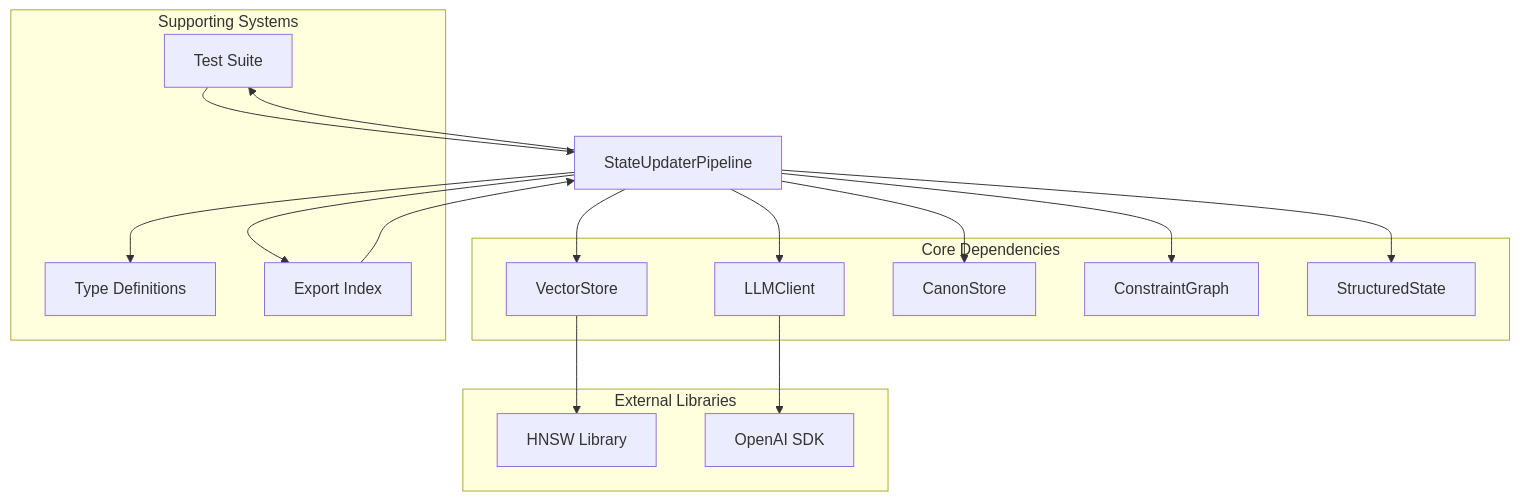
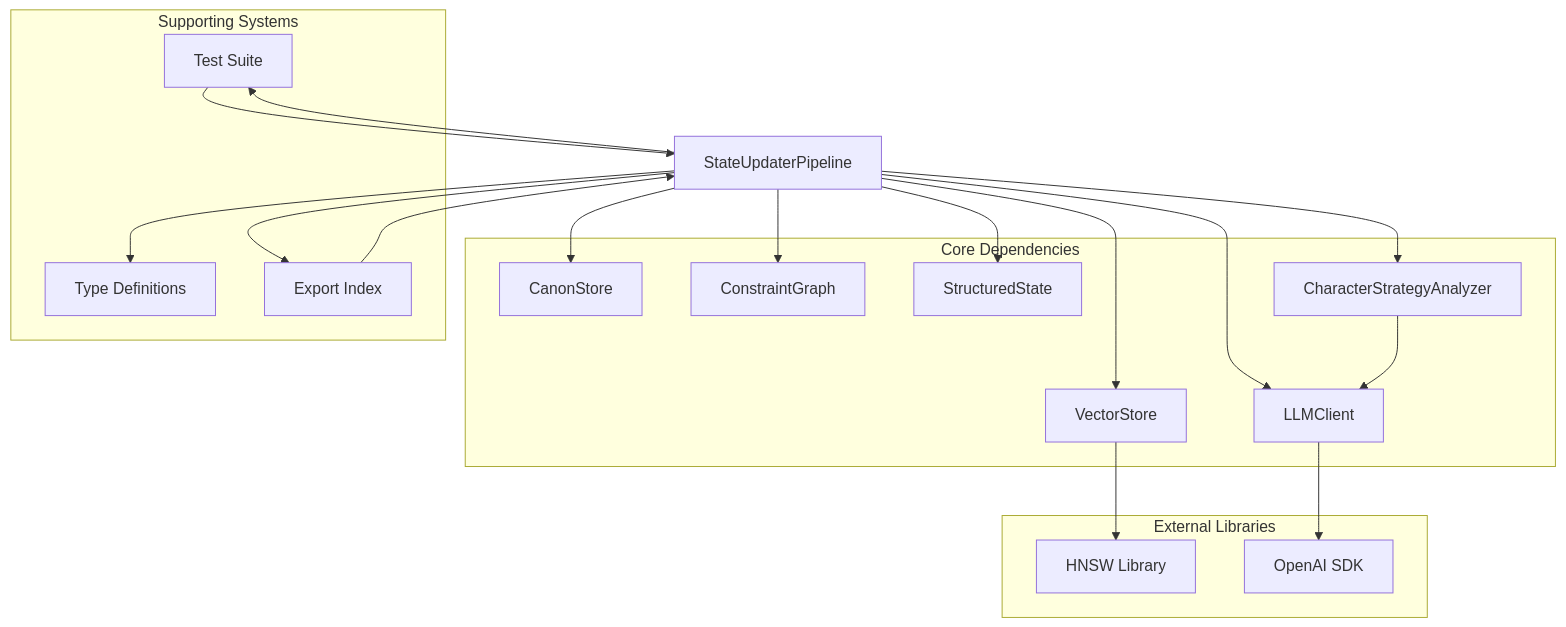
Before and after one commit to liwonder/NARRITIVE_OS: the ninth of 10 diagrams in .qoder/repowiki/en/content/Memory Management System/StateUpdater Pipeline.md, drawn with Mermaid. The commit also changed other lines of this file and 15 other files, not shown here.

First line of the commit message:
Add CharacterStrategyAnalyzer and pipeline updates

````diff
--- a/.qoder/repowiki/en/content/Memory Management System/StateUpdater Pipeline.md
+++ b/.qoder/repowiki/en/content/Memory Management System/StateUpdater Pipeline.md
@@ -313,31 +404,34 @@
 ```mermaid
 graph TB
 subgraph "Core Dependencies"
 LLM[LLMClient]
 VS[VectorStore]
 CS[CanonStore]
 CG[ConstraintGraph]
 SS[StructuredState]
+CSA[CharacterStrategyAnalyzer]
 end
 subgraph "Supporting Systems"
 Types[Type Definitions]
 Tests[Test Suite]
 Index[Export Index]
 end
 subgraph "External Libraries"
 HNSW[HNSW Library]
 OpenAI[OpenAI SDK]
 end
 SU[StateUpdaterPipeline] --> LLM
 SU --> VS
 SU --> CS
 SU --> CG
 SU --> SS
+SU --> CSA
 LLM --> OpenAI
 VS --> HNSW
 SU --> Types
 SU --> Tests
 SU --> Index
+CSA --> LLM
 Tests --> SU
 Index --> SU
 ```
````
